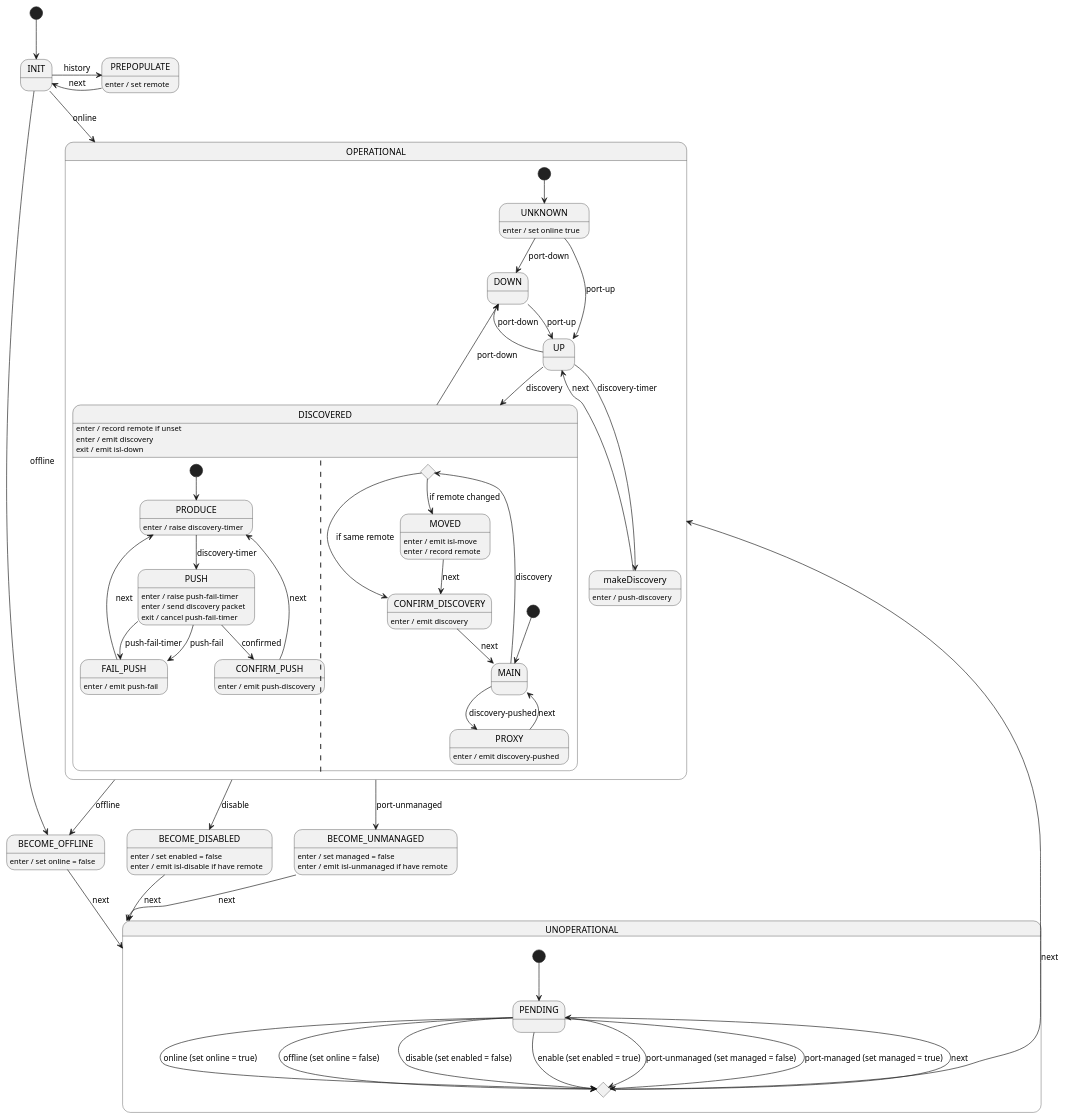
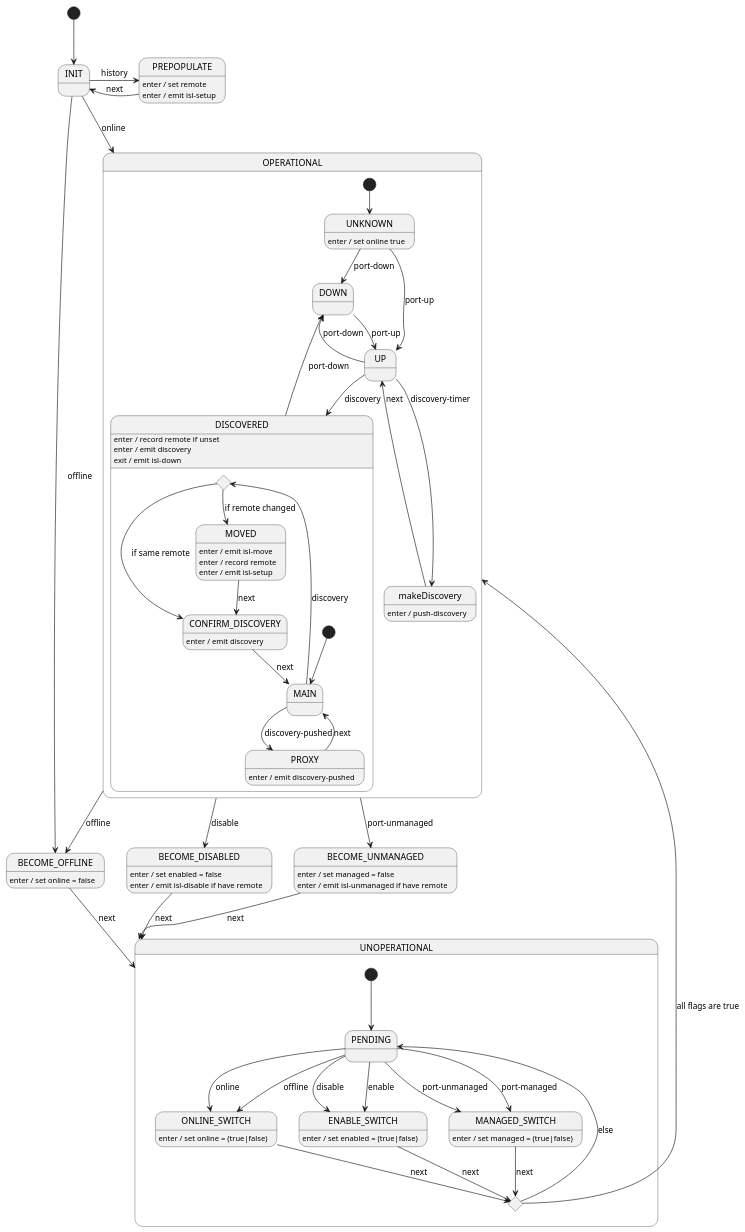
One commit to jangwonpark74/open-kilda changed the diagram in docs/design/network-discovery/port-FSM.puml. Above: the diagram before and after it, drawn with PlantUML. The commit also changed 19 other files, not shown here.

```diff
--- a/docs/design/network-discovery/port-FSM.puml
+++ b/docs/design/network-discovery/port-FSM.puml
@@ -27,105 +27,97 @@
 @startuml
 [*] --> INIT
 
 INIT -r-> PREPOPULATE : history
 INIT --> BECOME_OFFLINE : offline
 INIT --> OPERATIONAL : online
 
+PREPOPULATE -l-> INIT : next
 PREPOPULATE : enter / set remote
-PREPOPULATE -l-> INIT : next
+PREPOPULATE : enter / emit isl-setup
 
 state OPERATIONAL {
     [*] --> UNKNOWN
 
     UNKNOWN --> DOWN : port-down
     UNKNOWN --> UP : port-up
     UNKNOWN : enter / set online true
 
     UP --> DOWN : port-down
     UP --> makeDiscovery : discovery-timer
     UP --> DISCOVERED : discovery
 
     makeDiscovery : enter / push-discovery
     makeDiscovery --> UP : next
 
     DOWN --> UP : port-up
 
     state DISCOVERED {
         DISCOVERED : enter / record remote if unset
         DISCOVERED : enter / emit discovery
         DISCOVERED : exit / emit isl-down
 
-        [*] --> PRODUCE
-        PRODUCE --> PUSH : discovery-timer
-        PRODUCE : enter / raise discovery-timer
-
-        PUSH --> CONFIRM_PUSH : confirmed
-        PUSH --> FAIL_PUSH : push-fail-timer
-        PUSH --> FAIL_PUSH : push-fail
-        PUSH : enter / raise push-fail-timer
-        PUSH : enter / send discovery packet
-        PUSH : exit / cancel push-fail-timer
-
-        CONFIRM_PUSH --> PRODUCE : next
-        CONFIRM_PUSH : enter / emit push-discovery
-
-        FAIL_PUSH --> PRODUCE : next
-        FAIL_PUSH : enter / emit push-fail
-
-        ||
-
         state checkMoved <<choice>>
 
         [*] --> MAIN
         
         MAIN --> checkMoved : discovery
         MAIN --> PROXY : discovery-pushed
 
         checkMoved --> CONFIRM_DISCOVERY : if same remote
         checkMoved --> MOVED : if remote changed
 
         PROXY --> MAIN : next
         PROXY : enter / emit discovery-pushed
 
         MOVED --> CONFIRM_DISCOVERY : next
         MOVED : enter / emit isl-move
         MOVED : enter / record remote
+        MOVED : enter / emit isl-setup
 
         CONFIRM_DISCOVERY --> MAIN : next
         CONFIRM_DISCOVERY : enter / emit discovery
     }
     DISCOVERED --> DOWN : port-down
 }
 
 OPERATIONAL --> BECOME_OFFLINE : offline
 OPERATIONAL --> BECOME_DISABLED : disable
 OPERATIONAL --> BECOME_UNMANAGED : port-unmanaged
 
 BECOME_OFFLINE --> UNOPERATIONAL : next
 BECOME_OFFLINE : enter / set online = false
 
 BECOME_DISABLED --> UNOPERATIONAL : next
 BECOME_DISABLED : enter / set enabled = false
 BECOME_DISABLED : enter / emit isl-disable if have remote
 
 BECOME_UNMANAGED --> UNOPERATIONAL : next
 BECOME_UNMANAGED : enter / set managed = false
 BECOME_UNMANAGED : enter / emit isl-unmanaged if have remote
 
 state UNOPERATIONAL {
     [*] --> PENDING
 
     state OPERATIONAL_DECISION <<choice>>
 
-    PENDING --> OPERATIONAL_DECISION : online (set online = true)
-    PENDING --> OPERATIONAL_DECISION : offline (set online = false)
-    PENDING --> OPERATIONAL_DECISION : disable (set enabled = false)
-    PENDING --> OPERATIONAL_DECISION : enable (set enabled = true)
-    PENDING --> OPERATIONAL_DECISION : port-unmanaged (set managed = false)
-    PENDING --> OPERATIONAL_DECISION : port-managed (set managed = true)
+    PENDING --> ONLINE_SWITCH : online
+    PENDING --> ONLINE_SWITCH : offline
+    PENDING --> ENABLE_SWITCH : disable
+    PENDING --> ENABLE_SWITCH : enable
+    PENDING --> MANAGED_SWITCH : port-unmanaged
+    PENDING --> MANAGED_SWITCH : port-managed
 
-    OPERATIONAL_DECISION --> PENDING : next
-    OPERATIONAL_DECISION -u-> OPERATIONAL : next
+    ONLINE_SWITCH --> OPERATIONAL_DECISION : next
+    ONLINE_SWITCH : enter / set online = (true|false)
+
+    ENABLE_SWITCH --> OPERATIONAL_DECISION : next
+    ENABLE_SWITCH : enter / set enabled = (true|false)
+
+    MANAGED_SWITCH --> OPERATIONAL_DECISION : next
+    MANAGED_SWITCH : enter / set managed = (true|false)
+
+    OPERATIONAL_DECISION --> PENDING : else
+    OPERATIONAL_DECISION -u-> OPERATIONAL : all flags are true
 }
 
 @enduml
```
